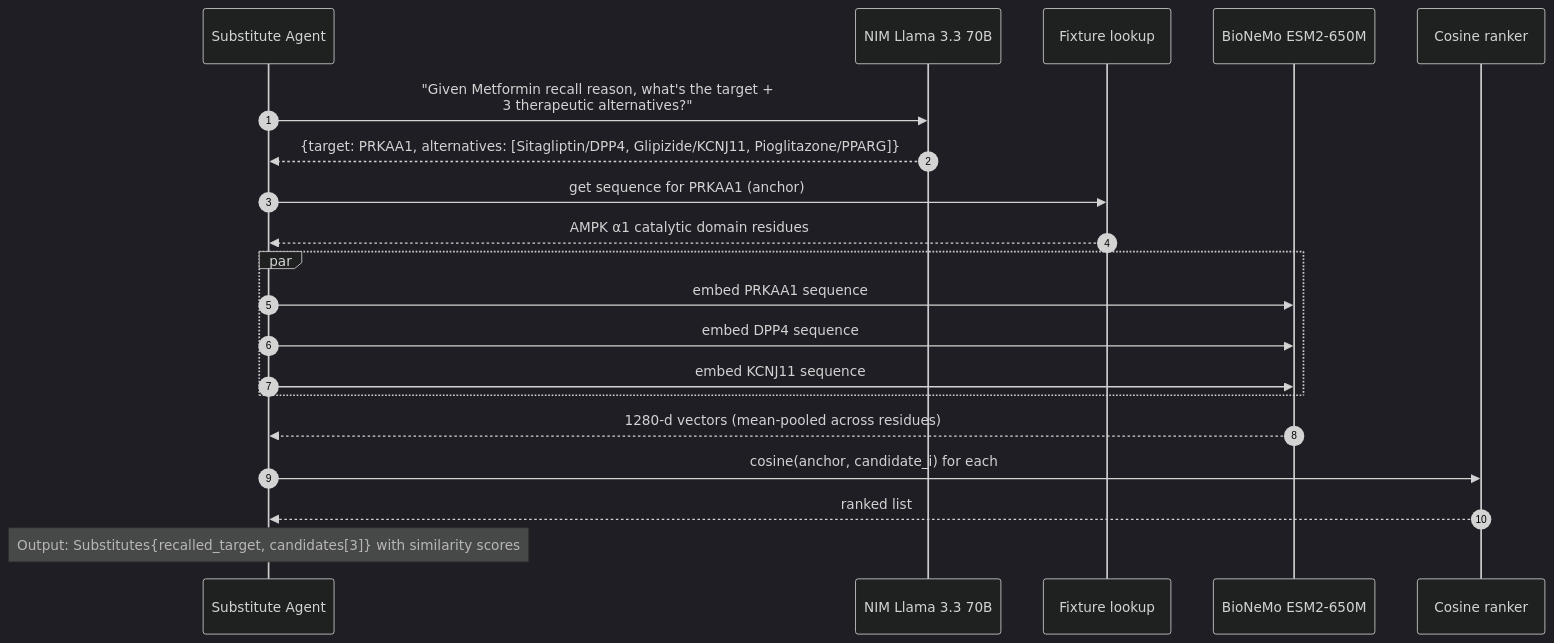
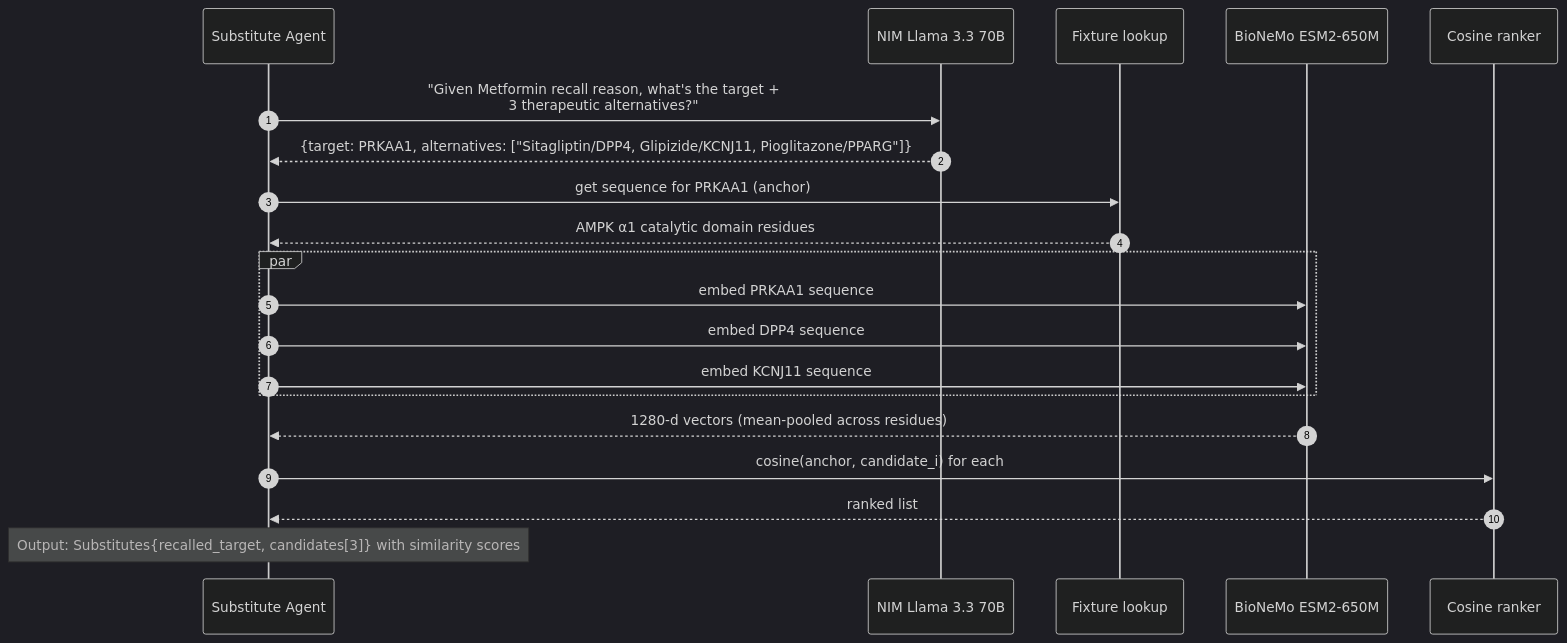
The fifth of 9 diagrams in ARCHITECTURE.md (roshaninfordham/reflexagent), drawn with Mermaid (dark theme) before and after one commit. The commit also changed other lines of this file and 1 other file, not shown here.

First line of the commit message:
fix: mermaid parse errors on GitHub

````diff
--- a/ARCHITECTURE.md
+++ b/ARCHITECTURE.md
@@ -193,27 +189,26 @@
 ```mermaid
-
 sequenceDiagram
     autonumber
     participant S as Substitute Agent
     participant N as NIM Llama 3.3 70B
     participant F as Fixture lookup
     participant B as BioNeMo ESM2-650M
     participant C as Cosine ranker
 
     S->>N: "Given Metformin recall reason, what's the target +<br/>3 therapeutic alternatives?"
-    N-->>S: {target: PRKAA1, alternatives: [Sitagliptin/DPP4, Glipizide/KCNJ11, Pioglitazone/PPARG]}
+    N-->>S: {target: PRKAA1, alternatives: ["Sitagliptin/DPP4, Glipizide/KCNJ11, Pioglitazone/PPARG"]}
 
     S->>F: get sequence for PRKAA1 (anchor)
     F-->>S: AMPK α1 catalytic domain residues
     par
         S->>B: embed PRKAA1 sequence
         S->>B: embed DPP4 sequence
         S->>B: embed KCNJ11 sequence
     end
     B-->>S: 1280-d vectors (mean-pooled across residues)
 
     S->>C: cosine(anchor, candidate_i) for each
     C-->>S: ranked list
 
     Note over S: Output: Substitutes{recalled_target, candidates[3]} with similarity scores
 ```
````
